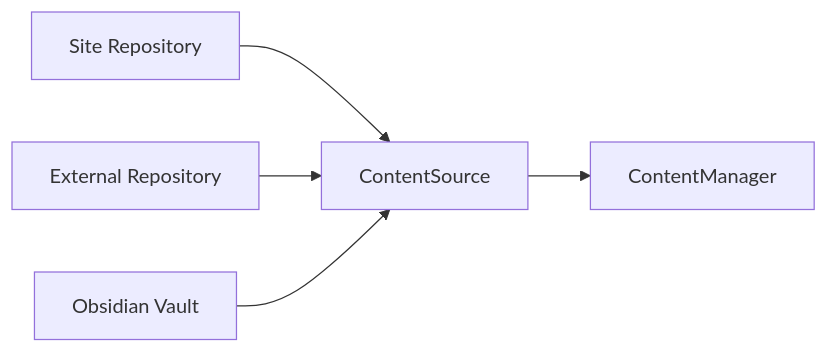
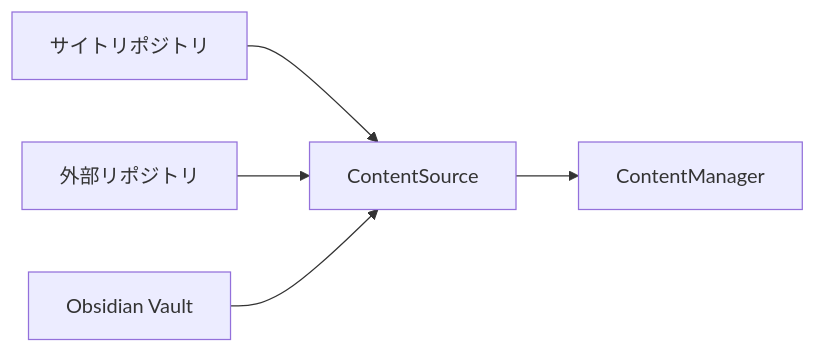
Before and after one commit to Rerurate514/riebeckite: the second of 13 diagrams in docs/docs/framework/content-system.ja.md, drawn with Mermaid. The commit also changed other lines of this file and 310 other files, not shown here.

````diff
--- a/docs/docs/framework/content-system.ja.md
+++ b/docs/docs/framework/content-system.ja.md
@@ -93,12 +83,12 @@
 ```mermaid id="0xpl01"
 flowchart LR
-    Local["Site Repository"]
-    External["External Repository"]
+    Local["サイトリポジトリ"]
+    External["外部リポジトリ"]
     Vault["Obsidian Vault"]
 
     Local --> Source["ContentSource"]
     External --> Source
     Vault --> Source
 
     Source --> Manager["ContentManager"]
 ```
````
